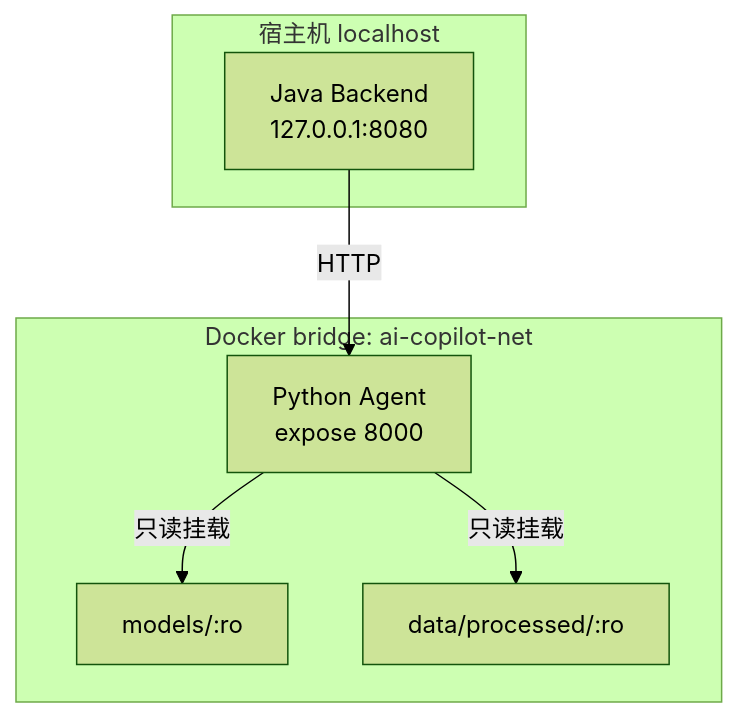
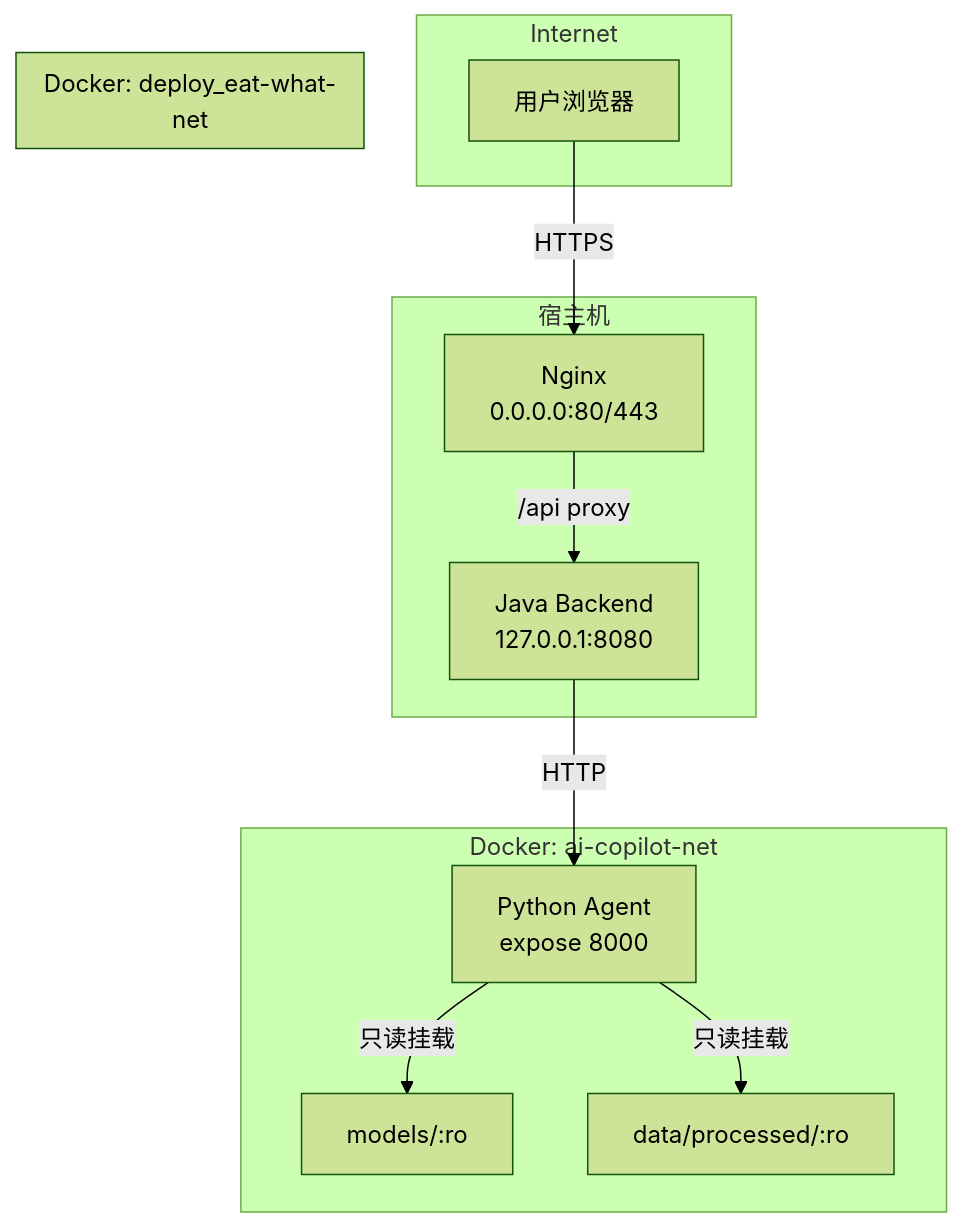
The second of 2 diagrams in docs/architecture.md (izz-BLUE/enterprise-ai-copilot), drawn with Mermaid (forest theme) before and after one commit. The commit also changed other lines of this file and 6 other files, not shown here.

````diff
--- a/docs/architecture.md
+++ b/docs/architecture.md
@@ -333,16 +333,29 @@
 ```mermaid
 graph TD
-    subgraph Host ["宿主机 localhost"]
+    subgraph Internet
+        U[用户浏览器]
+    end
+
+    subgraph Host ["宿主机"]
+        NG[Nginx<br/>0.0.0.0:80/443]
         J[Java Backend<br/>127.0.0.1:8080]
     end
 
-    subgraph Docker ["Docker bridge: ai-copilot-net"]
+    subgraph Net1 ["Docker: deploy_eat-what-net"]
+        NG
+        J
+    end
+
+    subgraph Net2 ["Docker: ai-copilot-net"]
+        J
         P[Python Agent<br/>expose 8000]
         M[models/:ro]
         D[data/processed/:ro]
     end
 
+    U -->|HTTPS| NG
+    NG -->|/api proxy| J
     J -->|HTTP| P
     P -->|只读挂载| M
     P -->|只读挂载| D
 ```
````
